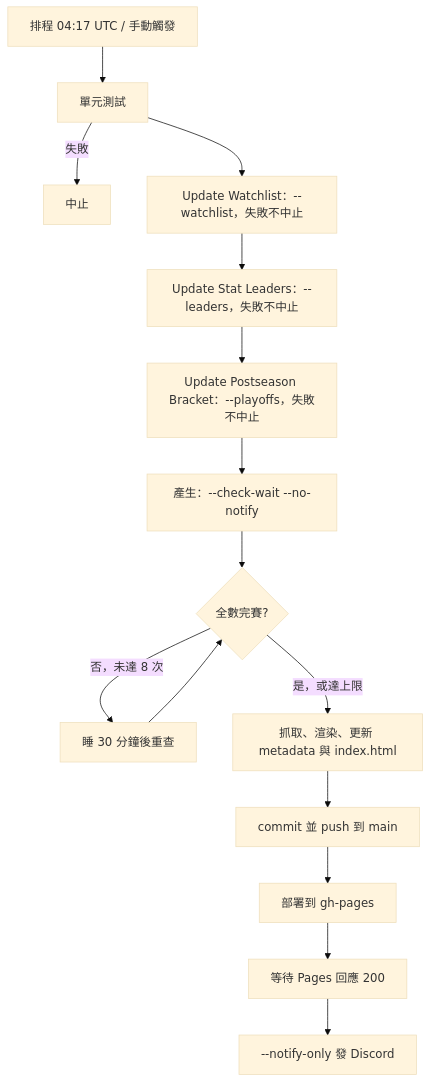
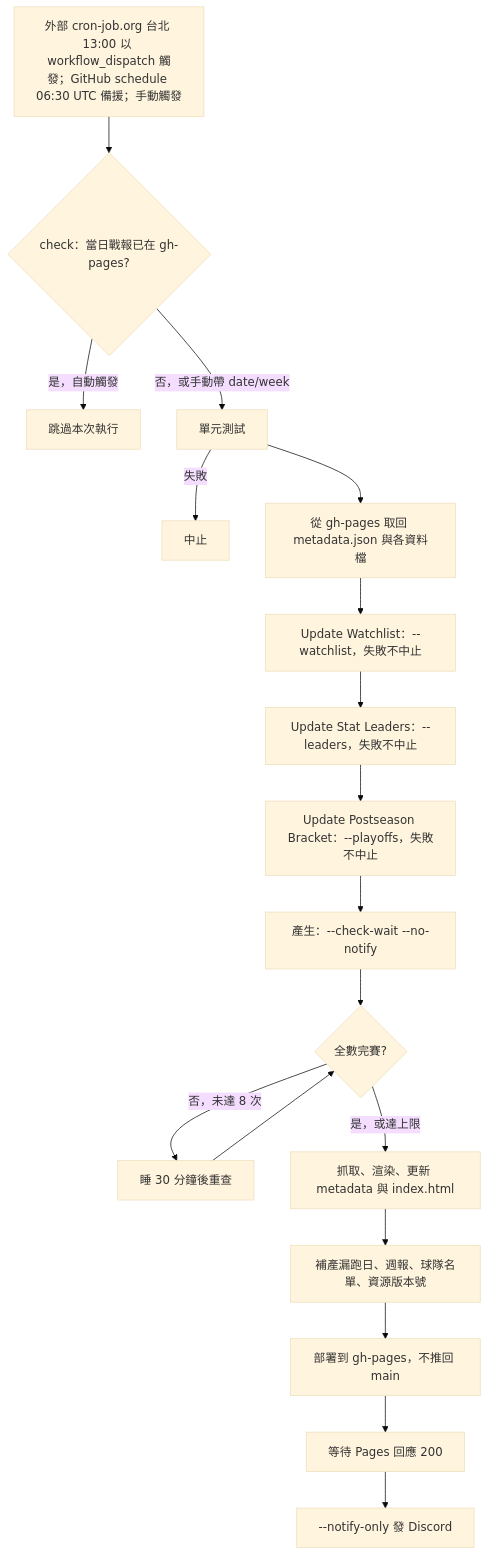
Before and after one commit to haolun588/MLB-daily: the diagram in docs/architecture.md, drawn with Mermaid (base theme). The commit also changed other lines of this file, not shown here.

Commit message:
docs: 修正 architecture.md 排程時間、部署流程與排除清單，與 workflow 一致

````diff
--- a/docs/architecture.md
+++ b/docs/architecture.md
@@ -47,17 +47,20 @@
 ```mermaid
 graph TD
-    A[排程 04:17 UTC / 手動觸發] --> T[單元測試]
+    A[外部 cron-job.org 台北 13:00 以 workflow_dispatch 觸發；GitHub schedule 06:30 UTC 備援；手動觸發] --> K{check：當日戰報已在 gh-pages?}
+    K -->|是，自動觸發| S[跳過本次執行]
+    K -->|否，或手動帶 date/week| T[單元測試]
     T -->|失敗| X[中止]
-    T --> W[Update Watchlist：--watchlist，失敗不中止]
+    T --> R[從 gh-pages 取回 metadata.json 與各資料檔]
+    R --> W[Update Watchlist：--watchlist，失敗不中止]
     W --> L[Update Stat Leaders：--leaders，失敗不中止]
     L --> P[Update Postseason Bracket：--playoffs，失敗不中止]
     P --> B[產生：--check-wait --no-notify]
     B --> C{全數完賽?}
     C -->|否，未達 8 次| D[睡 30 分鐘後重查]
     D --> C
     C -->|是，或達上限| E[抓取、渲染、更新 metadata 與 index.html]
-    E --> F[commit 並 push 到 main]
-    F --> G[部署到 gh-pages]
+    E --> F[補產漏跑日、週報、球隊名單、資源版本號]
+    F --> G[部署到 gh-pages，不推回 main]
     G --> H[等待 Pages 回應 200]
     H --> I[--notify-only 發 Discord]
 ```
````
